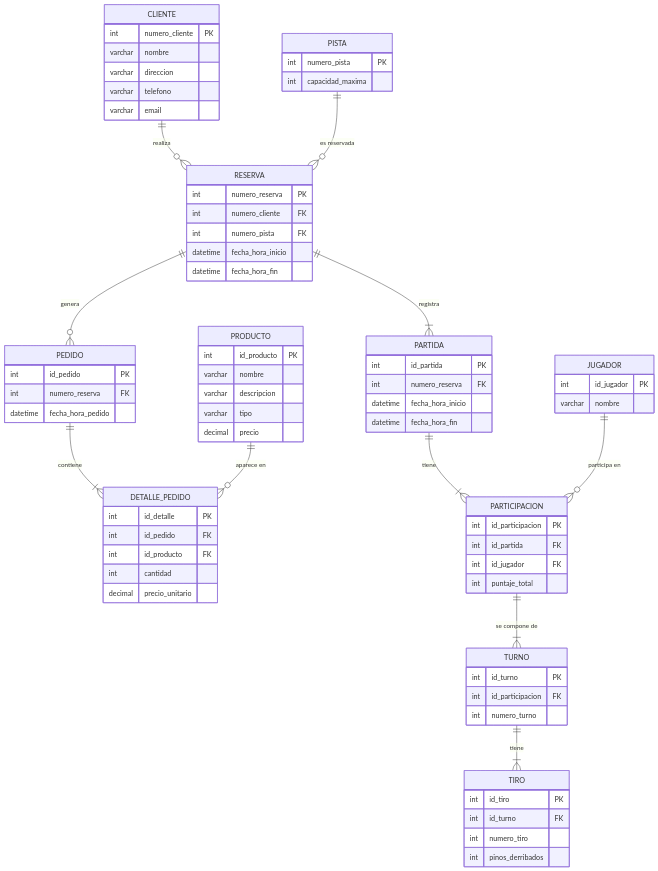
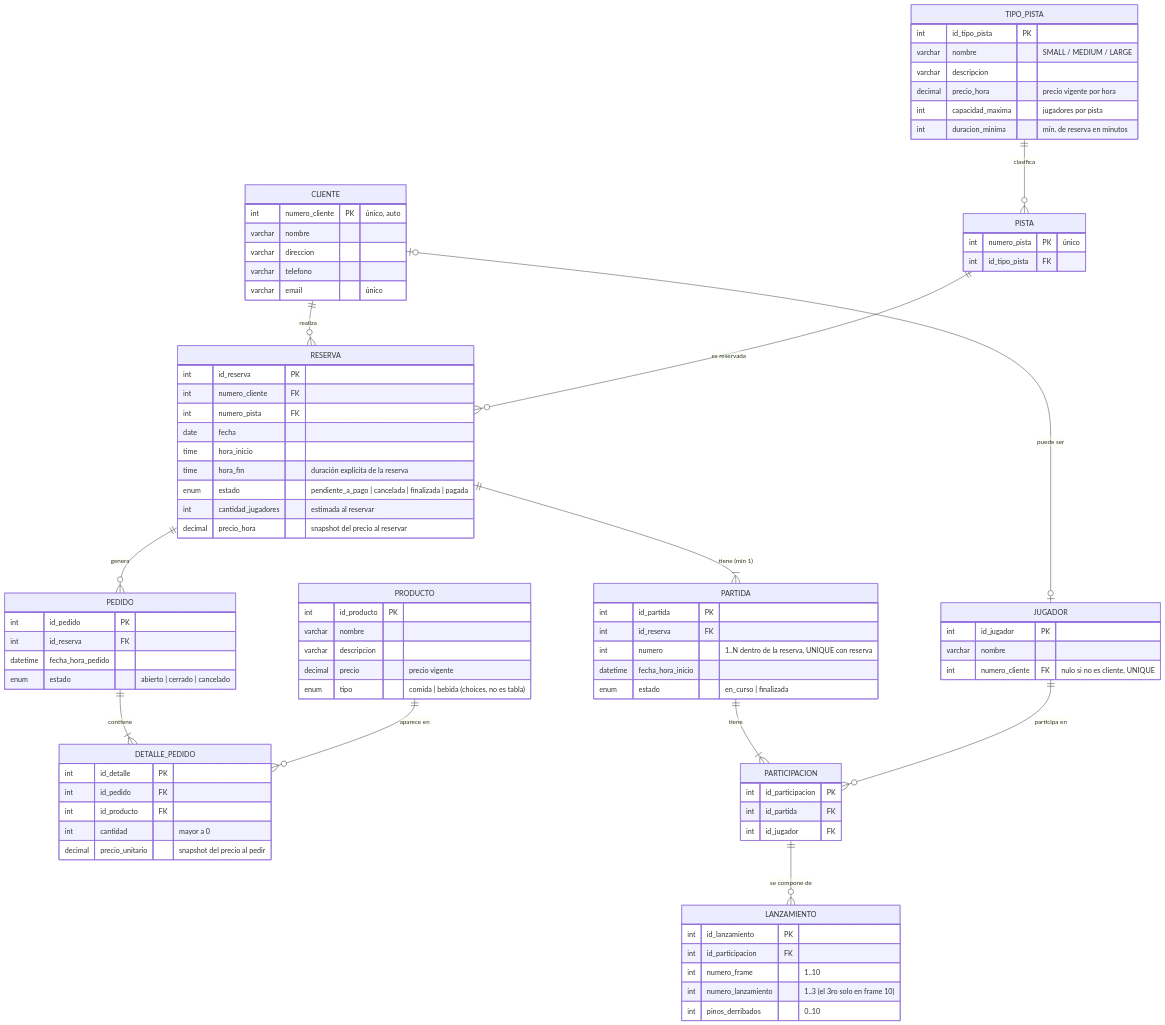
One commit to Villada-PG3/trabajo-practico-integrador-bowling-center changed the diagram in docs/er/diagrama-er.mmd. Above: the diagram before and after it, drawn with Mermaid. The commit also changed 1 other file, not shown here.

Commit message:
docs: modificar modelado er y uml

```diff
--- a/docs/er/diagrama-er.mmd
+++ b/docs/er/diagrama-er.mmd
@@ -1,86 +1,97 @@
 erDiagram
     CLIENTE ||--o{ RESERVA : realiza
+    TIPO_PISTA ||--o{ PISTA : clasifica
     PISTA ||--o{ RESERVA : "es reservada"
-    RESERVA ||--|{ PARTIDA : registra
+    RESERVA ||--|{ PARTIDA : "tiene (min 1)"
     RESERVA ||--o{ PEDIDO : genera
     PEDIDO ||--|{ DETALLE_PEDIDO : contiene
     PRODUCTO ||--o{ DETALLE_PEDIDO : "aparece en"
     PARTIDA ||--|{ PARTICIPACION : tiene
     JUGADOR ||--o{ PARTICIPACION : "participa en"
-    PARTICIPACION ||--|{ TURNO : "se compone de"
-    TURNO ||--|{ TIRO : "tiene"
+    PARTICIPACION ||--o{ LANZAMIENTO : "se compone de"
+    CLIENTE |o--o| JUGADOR : "puede ser"
+
+    TIPO_PISTA {
+        int id_tipo_pista PK
+        varchar nombre "SMALL / MEDIUM / LARGE"
+        varchar descripcion
+        decimal precio_hora "precio vigente por hora"
+        int capacidad_maxima "jugadores por pista"
+        int duracion_minima "mín. de reserva en minutos"
+    }
+
+    PISTA {
+        int numero_pista PK "único"
+        int id_tipo_pista FK
+    }
 
     CLIENTE {
-        int numero_cliente PK
+        int numero_cliente PK "único, auto"
         varchar nombre
         varchar direccion
         varchar telefono
-        varchar email
+        varchar email "único"
     }
 
-    PISTA {
-        int numero_pista PK
-        int capacidad_maxima
+    JUGADOR {
+        int id_jugador PK
+        varchar nombre
+        int numero_cliente FK "nulo si no es cliente, UNIQUE"
     }
 
     RESERVA {
-        int numero_reserva PK
+        int id_reserva PK
         int numero_cliente FK
         int numero_pista FK
-        datetime fecha_hora_inicio
-        datetime fecha_hora_fin
+        date fecha
+        time hora_inicio
+        time hora_fin "duración explícita de la reserva"
+        enum estado "pendiente_a_pago | cancelada | finalizada | pagada"
+        int cantidad_jugadores "estimada al reservar"
+        decimal precio_hora "snapshot del precio al reservar"
     }
 
     PRODUCTO {
         int id_producto PK
         varchar nombre
         varchar descripcion
-        varchar tipo 
-        decimal precio
+        decimal precio "precio vigente"
+        enum tipo "comida | bebida (choices, no es tabla)"
     }
 
     PEDIDO {
         int id_pedido PK
-        int numero_reserva FK
+        int id_reserva FK
         datetime fecha_hora_pedido
+        enum estado "abierto | cerrado | cancelado"
     }
 
     DETALLE_PEDIDO {
         int id_detalle PK
         int id_pedido FK
         int id_producto FK
-        int cantidad
-        decimal precio_unitario 
+        int cantidad "mayor a 0"
+        decimal precio_unitario "snapshot del precio al pedir"
     }
 
     PARTIDA {
         int id_partida PK
-        int numero_reserva FK
+        int id_reserva FK
+        int numero "1..N dentro de la reserva, UNIQUE con reserva"
         datetime fecha_hora_inicio
-        datetime fecha_hora_fin
-    }
-
-    JUGADOR {
-        int id_jugador PK
-        varchar nombre
+        enum estado "en_curso | finalizada"
     }
 
     PARTICIPACION {
         int id_participacion PK
         int id_partida FK
         int id_jugador FK
-        int puntaje_total 
     }
 
-    TURNO {
-        int id_turno PK
+    LANZAMIENTO {
+        int id_lanzamiento PK
         int id_participacion FK
-        int numero_turno
+        int numero_frame "1..10"
+        int numero_lanzamiento "1..3 (el 3ro solo en frame 10)"
+        int pinos_derribados "0..10"
     }
-
-    TIRO {
-        int id_tiro PK
-        int id_turno FK
-        int numero_tiro
-        int pinos_derribados
-    }
```
